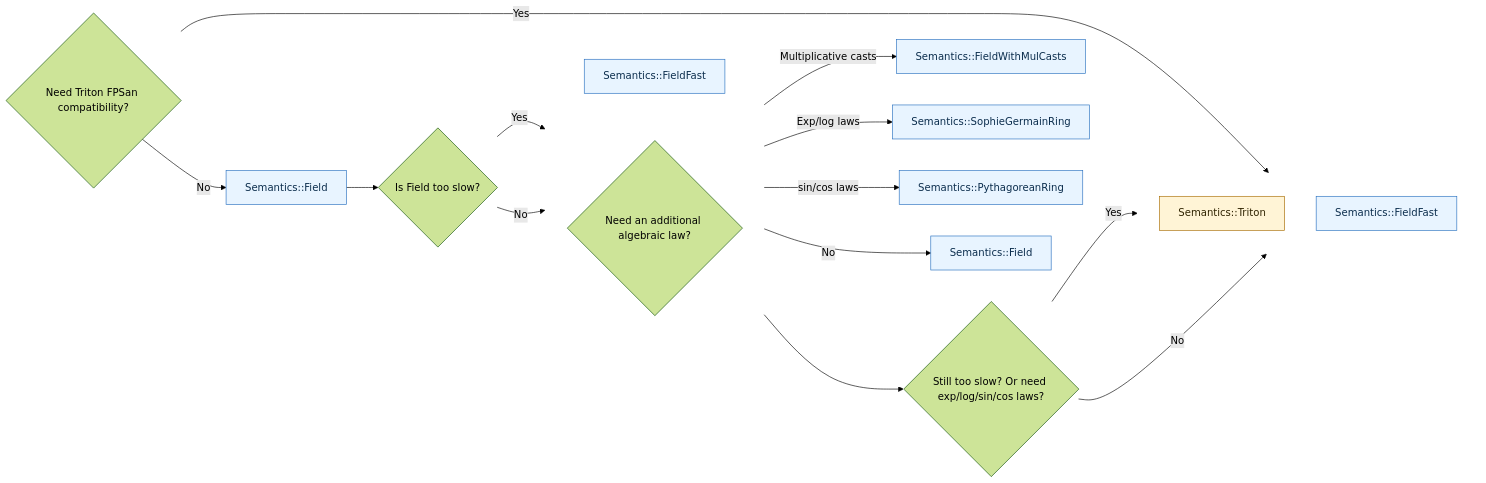
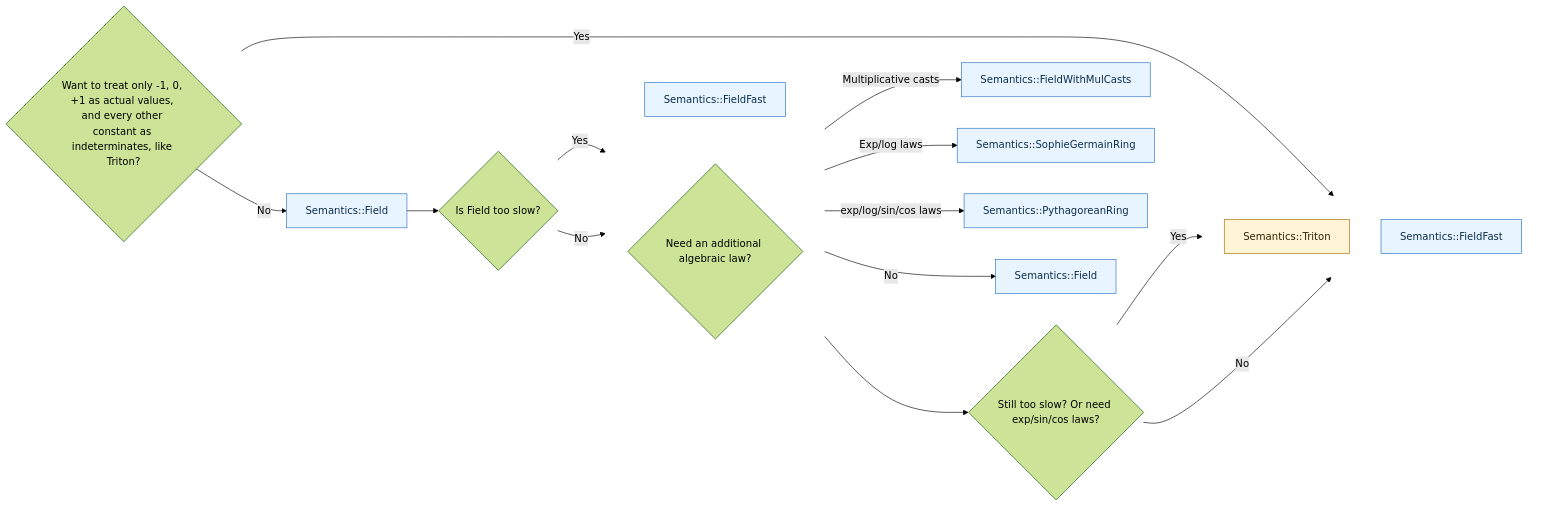
One commit to ROCm/hip-fpsan changed the diagram in docs/algebraic-fpsan.md. Above: the diagram before and after it, drawn with Mermaid (forest theme). The commit also changed other lines of this file, not shown here.

First line of the commit message:
docs: refresh algebraic-fpsan scorecard + decision diagram (#28)

````diff
--- a/docs/algebraic-fpsan.md
+++ b/docs/algebraic-fpsan.md
@@ -53,39 +53,39 @@
 ```mermaid
 flowchart LR
-  root{Need Triton FPSan compatibility?}
+  root{"Want to treat only -1, 0, +1 as actual values, and every other constant as indeterminates, like Triton?"}
   root -- Yes --> triton[Semantics::Triton]
   root -- No --> start[Semantics::Field]
 
   start --> perf{Is Field too slow?}
   subgraph fieldChoices[" "]
     direction TB
     aFastSwitch[Semantics::FieldFast]
     zExtra{Need an additional algebraic law?}
     aFastSwitch ~~~ zExtra
   end
 
   perf -- Yes --> aFastSwitch
   perf -- No --> zExtra
 
-  aFastSwitch --> still{Still too slow? Or need exp/log/sin/cos laws?}
+  aFastSwitch --> still{Still too slow? Or need exp/sin/cos laws?}
   subgraph fastChoices[" "]
     direction TB
     triton
     aFast[Semantics::FieldFast]
   end
 
   still -- Yes --> triton
   still -- No --> aFast
 
   zExtra -- Multiplicative casts --> mul[Semantics::FieldWithMulCasts]
   zExtra -- Exp/log laws --> sg[Semantics::SophieGermainRing]
-  zExtra -- sin/cos laws --> py[Semantics::PythagoreanRing]
+  zExtra -- exp/log/sin/cos laws --> py[Semantics::PythagoreanRing]
   zExtra -- No --> field[Semantics::Field]
 
   classDef triton fill:#fff4d6,stroke:#a66a00,color:#2f2300;
   classDef algebraic fill:#e8f4ff,stroke:#276fbf,color:#0b2d4d;
   style fieldChoices fill:transparent,stroke:transparent;
   style fastChoices fill:transparent,stroke:transparent;
   class triton triton;
   class start,mul,sg,py,field,aFastSwitch,aFast algebraic;
 ```
````
